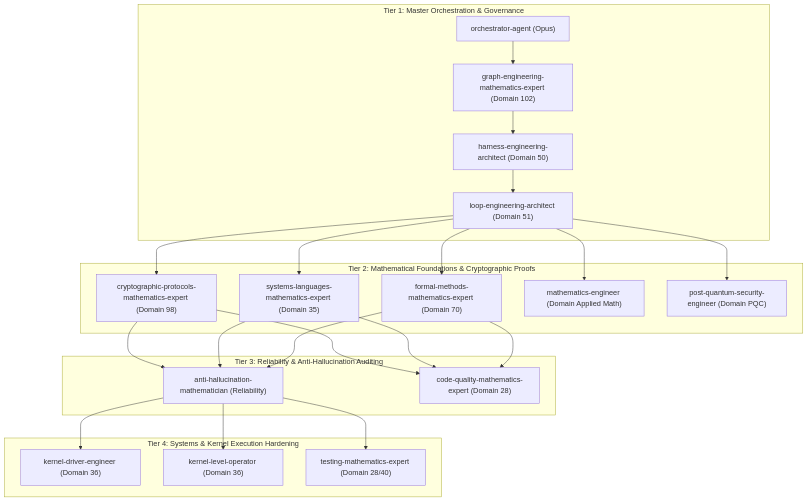
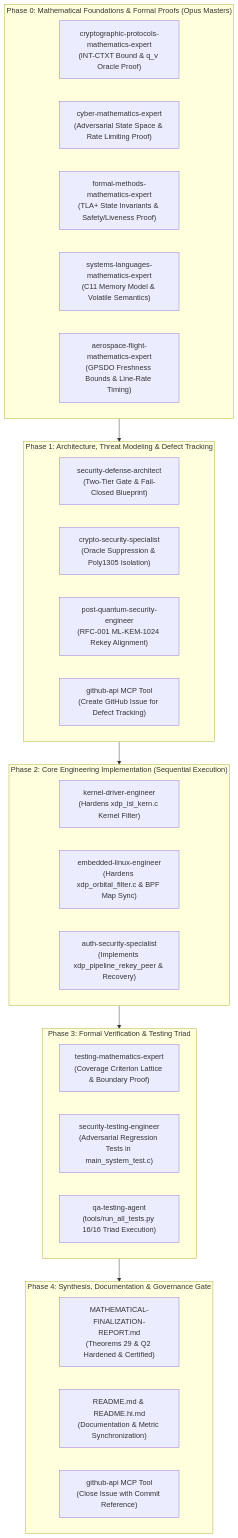
One commit to techdeveloper-org/starlink-research-report changed the diagram in implementation_plan.md. Above: the diagram before and after it, drawn with Mermaid. The commit also changed other lines of this file and 9 other files, not shown here.

Commit message:
fix(security): eliminate higher-session-id quarantine bypass and enforce secure rekey recovery (#27)

````diff
--- a/implementation_plan.md
+++ b/implementation_plan.md
@@ -56,33 +88,40 @@
 ```mermaid
 graph TD
-    subgraph "Tier 1: Master Orchestration & Governance"
-        ORCH["orchestrator-agent (Opus)"]
-        GRAPH["graph-engineering-mathematics-expert (Domain 102)"]
-        HARNESS["harness-engineering-architect (Domain 50)"]
-        LOOP["loop-engineering-architect (Domain 51)"]
+    subgraph Track0["Phase 0: Mathematical Foundations & Formal Proofs (Opus Masters)"]
+        CPM["cryptographic-protocols-mathematics-expert<br/>(INT-CTXT Bound & q_v Oracle Proof)"]
+        CYM["cyber-mathematics-expert<br/>(Adversarial State Space & Rate Limiting Proof)"]
+        FMM["formal-methods-mathematics-expert<br/>(TLA+ State Invariants & Safety/Liveness Proof)"]
+        SLM["systems-languages-mathematics-expert<br/>(C11 Memory Model & Volatile Semantics)"]
+        AFM["aerospace-flight-mathematics-expert<br/>(GPSDO Freshness Bounds & Line-Rate Timing)"]
     end
 
-    subgraph "Tier 2: Mathematical Foundations & Cryptographic Proofs"
-        CRYPTO["cryptographic-protocols-mathematics-expert (Domain 98)"]
-        SYS_MATH["systems-languages-mathematics-expert (Domain 35)"]
-        FORMAL["formal-methods-mathematics-expert (Domain 70)"]
-        MATH_ENG["mathematics-engineer (Domain Applied Math)"]
-        PQC["post-quantum-security-engineer (Domain PQC)"]
+    subgraph Track1["Phase 1: Architecture, Threat Modeling & Defect Tracking"]
+        SDA["security-defense-architect<br/>(Two-Tier Gate & Fail-Closed Blueprint)"]
+        CSS["crypto-security-specialist<br/>(Oracle Suppression & Poly1305 Isolation)"]
+        PQC["post-quantum-security-engineer<br/>(RFC-001 ML-KEM-1024 Rekey Alignment)"]
+        GHI["github-api MCP Tool<br/>(Create GitHub Issue for Defect Tracking)"]
     end
 
-    subgraph "Tier 3: Reliability & Anti-Hallucination Auditing"
-        ANTI_HALL["anti-hallucination-mathematician (Reliability)"]
-        CODE_QUAL["code-quality-mathematics-expert (Domain 28)"]
+    subgraph Track2["Phase 2: Core Engineering Implementation (Sequential Execution)"]
+        KDE["kernel-driver-engineer<br/>(Hardens xdp_isl_kern.c Kernel Filter)"]
+        ELE["embedded-linux-engineer<br/>(Hardens xdp_orbital_filter.c & BPF Map Sync)"]
+        ASE["auth-security-specialist<br/>(Implements xdp_pipeline_rekey_peer & Recovery)"]
     end
 
-    subgraph "Tier 4: Systems & Kernel Execution Hardening"
-        KERN_ENG["kernel-driver-engineer (Domain 36)"]
-        KERN_OP["kernel-level-operator (Domain 36)"]
-        TEST_MATH["testing-mathematics-expert (Domain 28/40)"]
+    subgraph Track3["Phase 3: Formal Verification & Testing Triad"]
+        TEM["testing-mathematics-expert<br/>(Coverage Criterion Lattice & Boundary Proof)"]
+        STE["security-testing-engineer<br/>(Adversarial Regression Tests in main_system_test.c)"]
+        QAA["qa-testing-agent<br/>(tools/run_all_tests.py 16/16 Triad Execution)"]
     end
 
-    ORCH --> GRAPH --> HARNESS --> LOOP
-    LOOP --> CRYPTO & SYS_MATH & FORMAL & MATH_ENG & PQC
-    CRYPTO & SYS_MATH & FORMAL --> ANTI_HALL & CODE_QUAL
-    ANTI_HALL --> KERN_ENG & KERN_OP & TEST_MATH
+    subgraph Track4["Phase 4: Synthesis, Documentation & Governance Gate"]
+        MFR["MATHEMATICAL-FINALIZATION-REPORT.md<br/>(Theorems 29 & Q2 Hardened & Certified)"]
+        DOC["README.md & README.hi.md<br/>(Documentation & Metric Synchronization)"]
+        GHC["github-api MCP Tool<br/>(Close Issue with Commit Reference)"]
+    end
+
+    Track0 --> Track1
+    Track1 --> Track2
+    Track2 --> Track3
+    Track3 --> Track4
 ```
````
